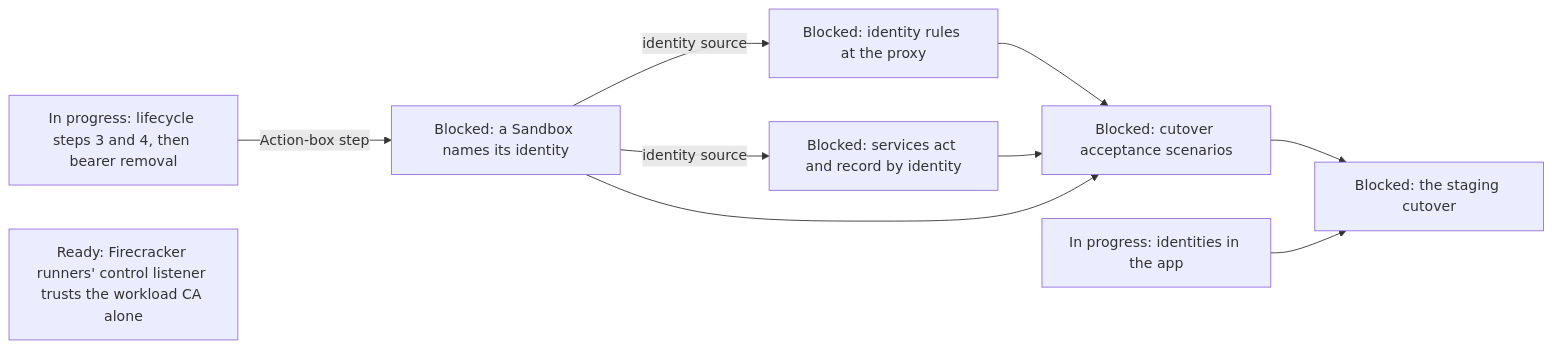
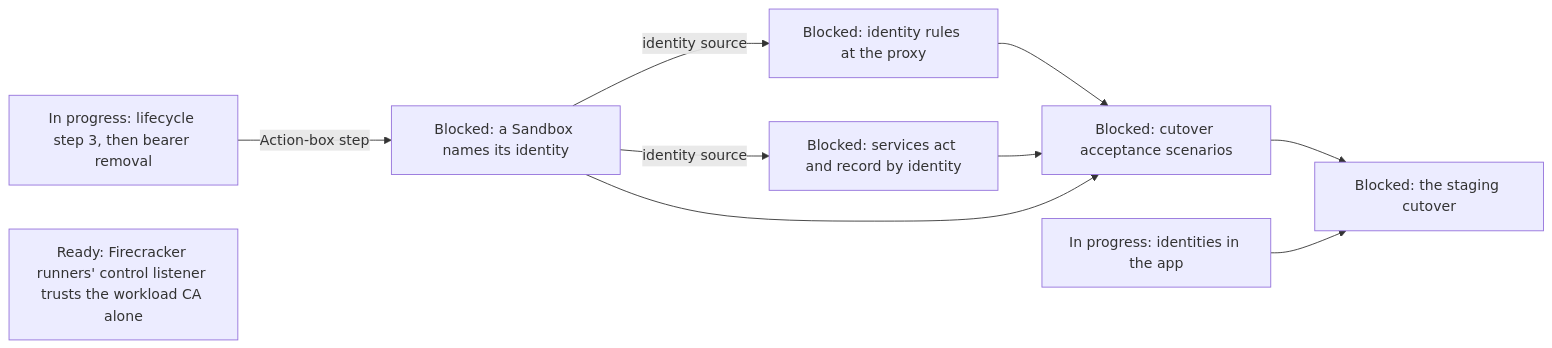
One commit to agentydragon/ducktape changed diagram 17 of 19 in agentplane/plans/task_dag.md. Above: the diagram before and after it, drawn with Mermaid. The commit also changed other lines of this file and 7 other files, not shown here.

````diff
--- a/agentplane/plans/task_dag.md
+++ b/agentplane/plans/task_dag.md
@@ -3017,14 +3017,14 @@
 ```mermaid
 flowchart LR
-    WORKLOAD_AUTH_CUTOVER[In progress: lifecycle steps 3 and 4, then bearer removal]
+    WORKLOAD_AUTH_CUTOVER[In progress: lifecycle step 3, then bearer removal]
     APP_IDENTITIES_UI[In progress: identities in the app]
     WORKLOAD_CA_CLIENT_TRUST[Ready: Firecracker runners' control listener trusts the workload CA alone]
     WORKLOAD_AUTH_CUTOVER -->|Action-box step| SANDBOX_IDENTITY_SPEC[Blocked: a Sandbox names its identity]
     SANDBOX_IDENTITY_SPEC -->|identity source| EGRESS_IDENTITY_RULES[Blocked: identity rules at the proxy]
     SANDBOX_IDENTITY_SPEC -->|identity source| SERVICES_IDENTITY_PRINCIPAL[Blocked: services act and record by identity]
     EGRESS_IDENTITY_RULES --> IDENTITY_SYSTEM_TESTS[Blocked: cutover acceptance scenarios]
     SERVICES_IDENTITY_PRINCIPAL --> IDENTITY_SYSTEM_TESTS
     SANDBOX_IDENTITY_SPEC --> IDENTITY_SYSTEM_TESTS
     IDENTITY_SYSTEM_TESTS --> IDENTITY_CUTOVER[Blocked: the staging cutover]
     APP_IDENTITIES_UI --> IDENTITY_CUTOVER
 ```
````
